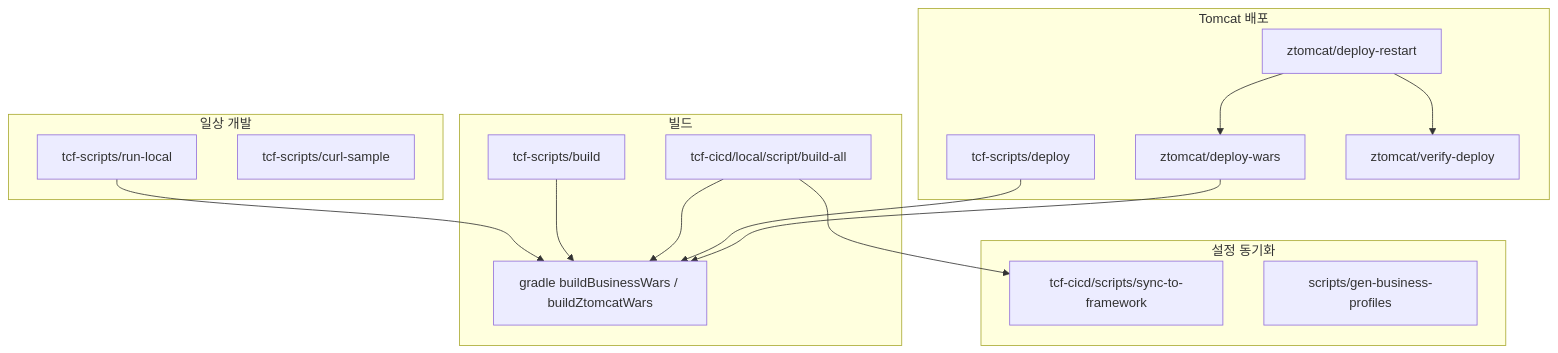
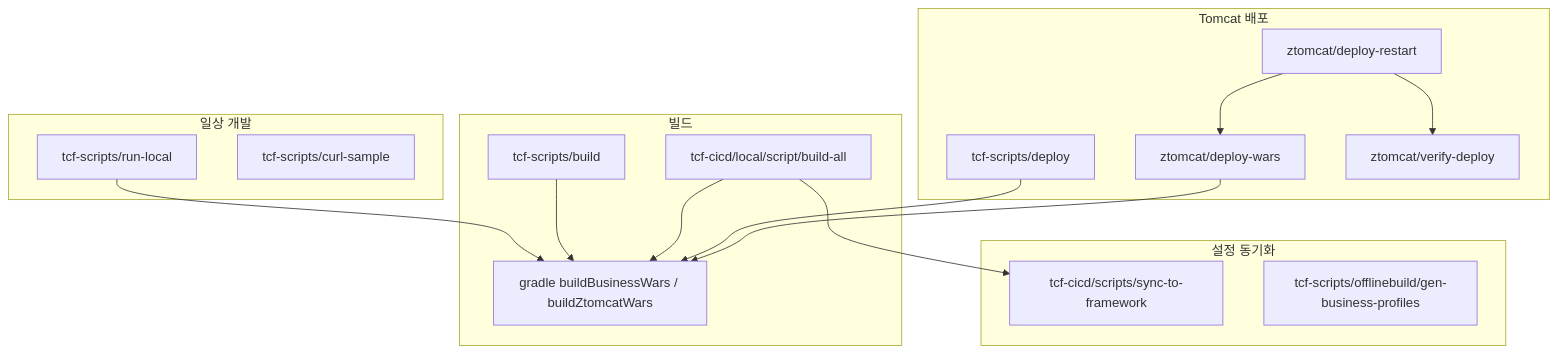
Before and after one commit to changwskr/nsight-tcf-framework: the diagram in docs/architecture/38-script.md, drawn with Mermaid. The commit also changed 162 other files, not shown here.

````diff
--- a/docs/architecture/38-script.md
+++ b/docs/architecture/38-script.md
@@ -43,30 +43,30 @@
 ```mermaid
 flowchart TB
     subgraph daily [일상 개발]
         RL[tcf-scripts/run-local]
         CS[tcf-scripts/curl-sample]
     end
     subgraph build [빌드]
         TB[tcf-scripts/build]
         BA[tcf-cicd/local/script/build-all]
         GR[gradle buildBusinessWars / buildZtomcatWars]
     end
     subgraph deploy [Tomcat 배포]
         DW[ztomcat/deploy-wars]
         TD[tcf-scripts/deploy]
         DR[ztomcat/deploy-restart]
         VD[ztomcat/verify-deploy]
     end
     subgraph cicd [설정 동기화]
         ST[tcf-cicd/scripts/sync-to-framework]
-        PF[scripts/gen-business-profiles]
+        PF[tcf-scripts/offlinebuild/gen-business-profiles]
     end
     RL --> GR
     TB --> GR
     BA --> ST
     BA --> GR
     TD --> GR
     DW --> GR
     DR --> DW
     DR --> VD
 ```
````
